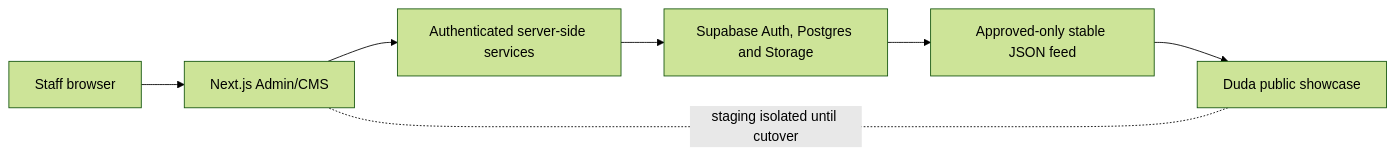
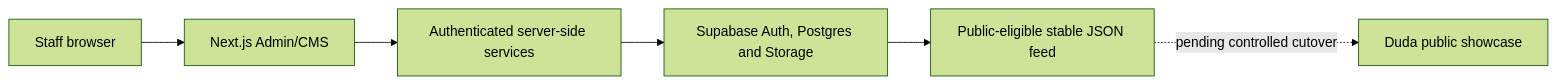
The diagram in README.md (acmis1/capstone-impact-platform), drawn with Mermaid (forest theme) before and after one commit. The commit also changed other lines of this file and 1 other file, not shown here.

````diff
--- a/README.md
+++ b/README.md
@@ -31,9 +31,8 @@
 ```mermaid
 flowchart LR
     A[Staff browser] --> B[Next.js Admin/CMS]
     B --> C[Authenticated server-side services]
     C --> D[Supabase Auth, Postgres and Storage]
-    D --> E[Approved-only stable JSON feed]
-    E --> F[Duda public showcase]
-    F -. staging isolated until cutover .- B
+    D --> E[Public-eligible stable JSON feed]
+    E -. pending controlled cutover .-> F[Duda public showcase]
 ```
````
